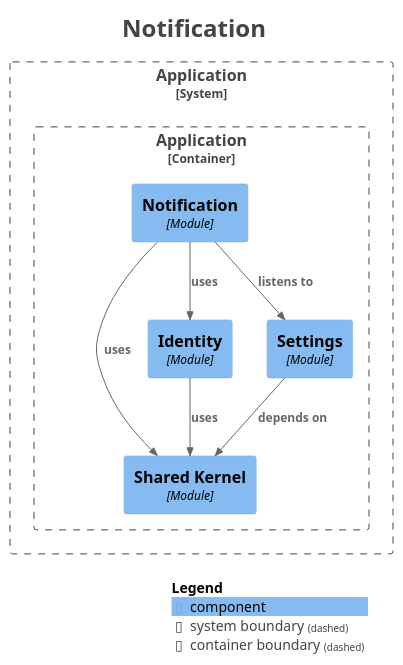
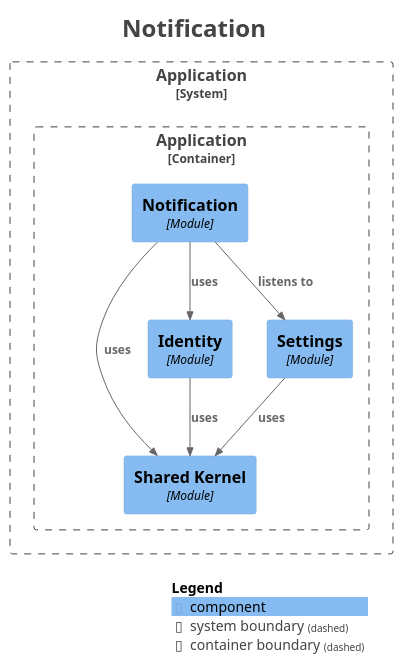
The diagram in docs/modulith/module-notification.puml (Paul-Ayesiga/enterprise-modulith-template), drawn with PlantUML before and after one commit. The commit also changed 29 other files, not shown here.

```diff
--- a/docs/modulith/module-notification.puml
+++ b/docs/modulith/module-notification.puml
@@ -1,36 +1,36 @@
 @startuml
 title <size:24>Notification</size>
 
 set separator none
 top to bottom direction
 
 <style>
   root {
     BackgroundColor: #ffffff
     FontColor: #444444
   }
 </style>
 
 !include <C4/C4>
 !include <C4/C4_Context>
 !include <C4/C4_Component>
 
 System_Boundary("Application_boundary", "Application", $tags="") {
   Container_Boundary("Application.Application_boundary", "Application", $tags="") {
+    Component(Application.Application.Notification, "Notification", $techn="Module", $descr="", $tags="", $link="")
     Component(Application.Application.SharedKernel, "Shared Kernel", $techn="Module", $descr="", $tags="", $link="")
     Component(Application.Application.Identity, "Identity", $techn="Module", $descr="", $tags="", $link="")
     Component(Application.Application.Settings, "Settings", $techn="Module", $descr="", $tags="", $link="")
-    Component(Application.Application.Notification, "Notification", $techn="Module", $descr="", $tags="", $link="")
   }
 
 }
 
 Rel(Application.Application.Identity, Application.Application.SharedKernel, "uses", $techn="", $tags="", $link="")
-Rel(Application.Application.Settings, Application.Application.SharedKernel, "depends on", $techn="", $tags="", $link="")
+Rel(Application.Application.Settings, Application.Application.SharedKernel, "uses", $techn="", $tags="", $link="")
 Rel(Application.Application.Notification, Application.Application.Settings, "listens to", $techn="", $tags="", $link="")
 Rel(Application.Application.Notification, Application.Application.SharedKernel, "uses", $techn="", $tags="", $link="")
 Rel(Application.Application.Notification, Application.Application.Identity, "uses", $techn="", $tags="", $link="")
 
 SHOW_LEGEND(true)
 hide stereotypes
 @enduml
```
